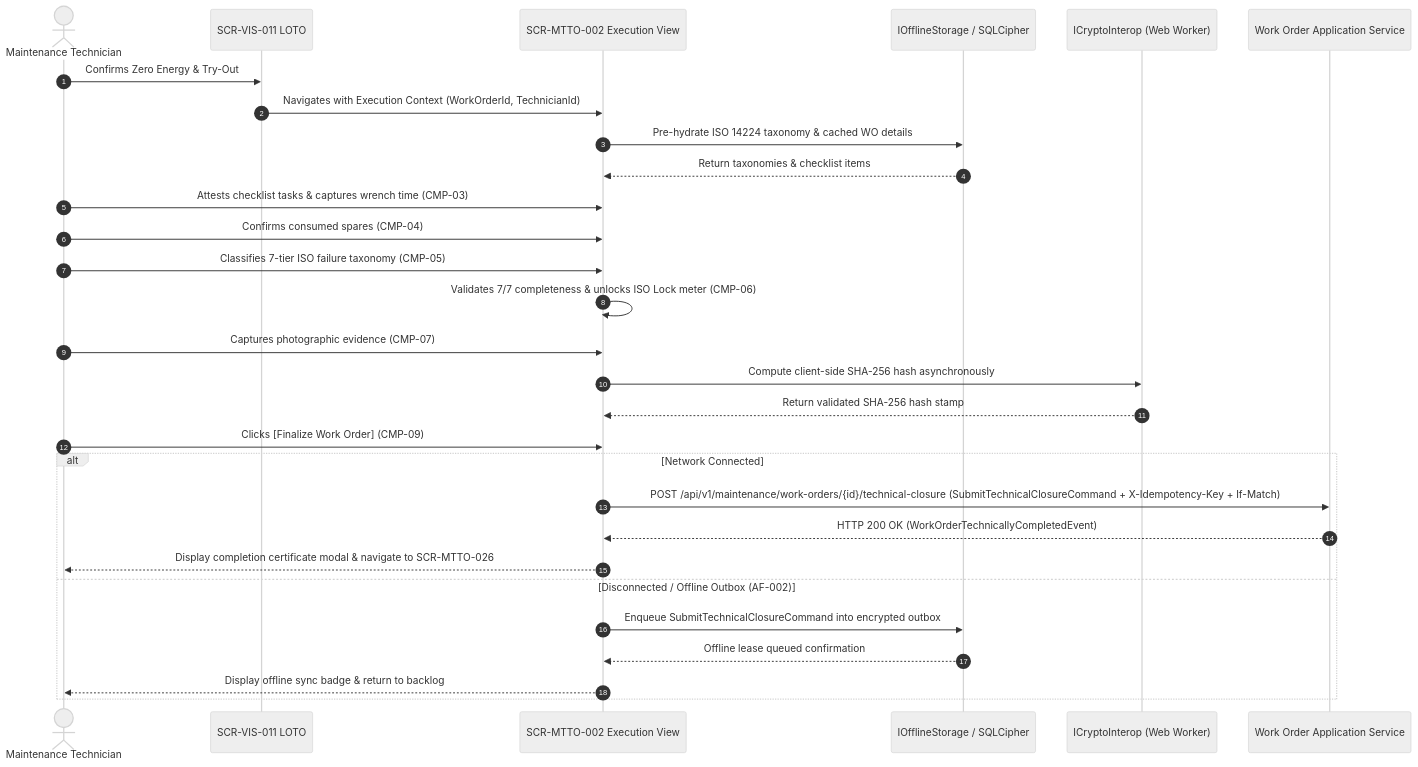
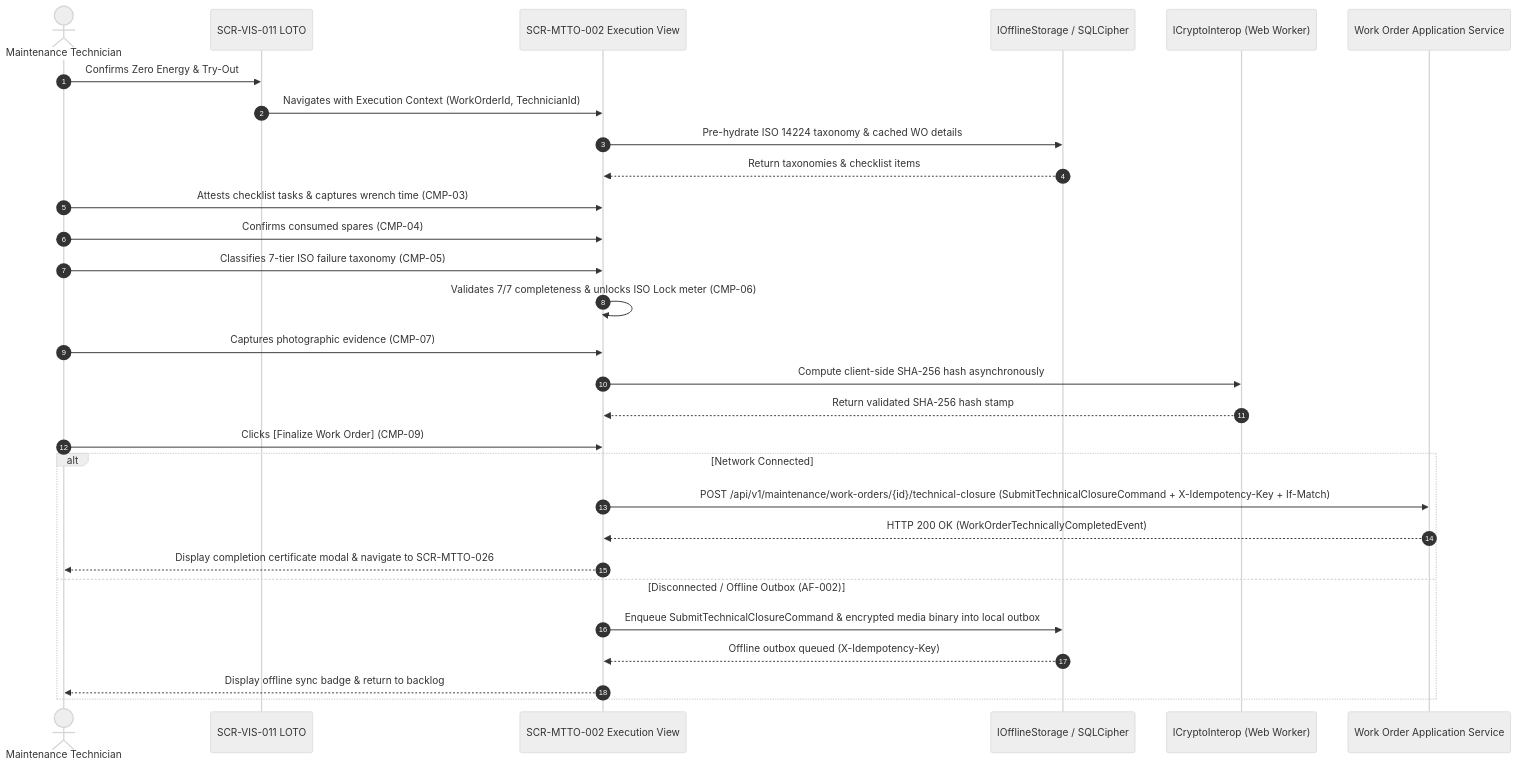
One commit to Novav20/adso-dteam-docs changed the diagram in ui-ux/screens/mtto/SCR-MTTO-002.md. Above: the diagram before and after it, drawn with Mermaid (neutral theme). The commit also changed other lines of this file and 3 other files, not shown here.

Commit message:
docs(ui-ux): align offline outbox reconciliation, ADR-008 Valet Key sync, and LOTO 30s/60min watchdog

````diff
--- a/ui-ux/screens/mtto/SCR-MTTO-002.md
+++ b/ui-ux/screens/mtto/SCR-MTTO-002.md
@@ -192,32 +192,32 @@
 ```mermaid
 sequenceDiagram
     autonumber
     actor Tech as Maintenance Technician
     participant VIS as SCR-VIS-011 LOTO
     participant UI as SCR-MTTO-002 Execution View
     participant Store as IOfflineStorage / SQLCipher
     participant Crypto as ICryptoInterop (Web Worker)
     participant API as Work Order Application Service
 
     Tech->>VIS: Confirms Zero Energy & Try-Out
     VIS->>UI: Navigates with Execution Context (WorkOrderId, TechnicianId)
     UI->>Store: Pre-hydrate ISO 14224 taxonomy & cached WO details
     Store-->>UI: Return taxonomies & checklist items
     Tech->>UI: Attests checklist tasks & captures wrench time (CMP-03)
     Tech->>UI: Confirms consumed spares (CMP-04)
     Tech->>UI: Classifies 7-tier ISO failure taxonomy (CMP-05)
     UI->>UI: Validates 7/7 completeness & unlocks ISO Lock meter (CMP-06)
     Tech->>UI: Captures photographic evidence (CMP-07)
     UI->>Crypto: Compute client-side SHA-256 hash asynchronously
     Crypto-->>UI: Return validated SHA-256 hash stamp
     Tech->>UI: Clicks [Finalize Work Order] (CMP-09)
     alt Network Connected
         UI->>API: POST /api/v1/maintenance/work-orders/{id}/technical-closure (SubmitTechnicalClosureCommand + X-Idempotency-Key + If-Match)
         API-->>UI: HTTP 200 OK (WorkOrderTechnicallyCompletedEvent)
         UI-->>Tech: Display completion certificate modal & navigate to SCR-MTTO-026
     else Disconnected / Offline Outbox (AF-002)
-        UI->>Store: Enqueue SubmitTechnicalClosureCommand into encrypted outbox
-        Store-->>UI: Offline lease queued confirmation
+        UI->>Store: Enqueue SubmitTechnicalClosureCommand & encrypted media binary into local outbox
+        Store-->>UI: Offline outbox queued (X-Idempotency-Key)
         UI-->>Tech: Display offline sync badge & return to backlog
     end
 ```
````
